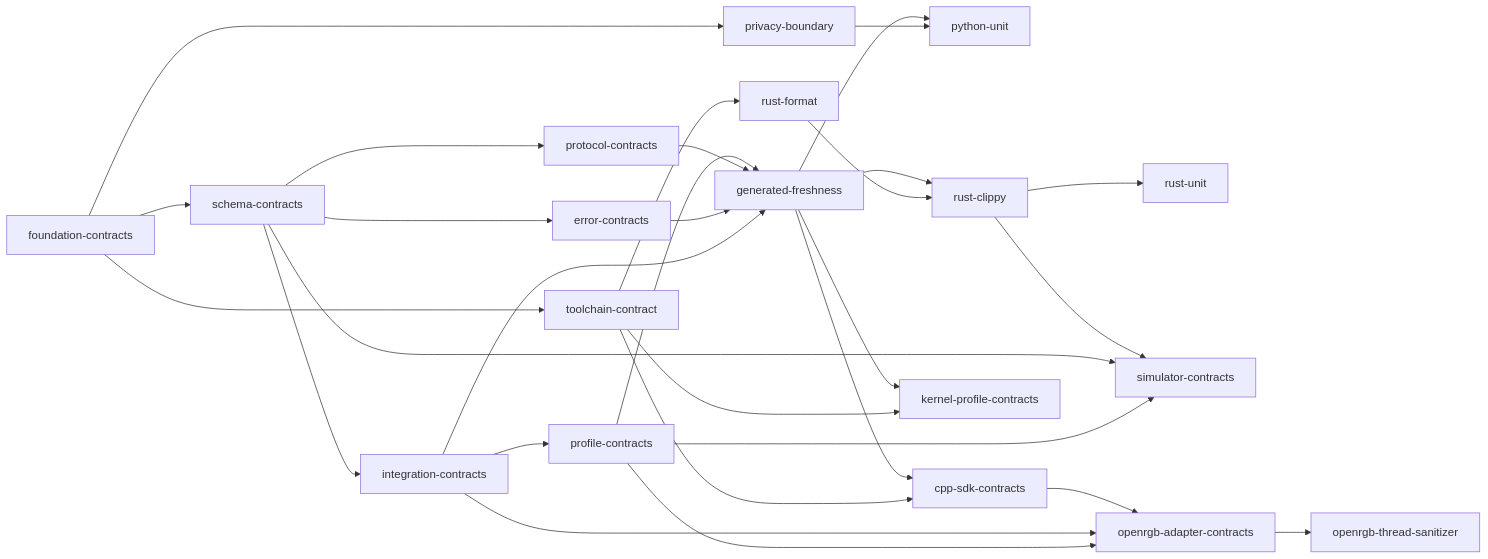
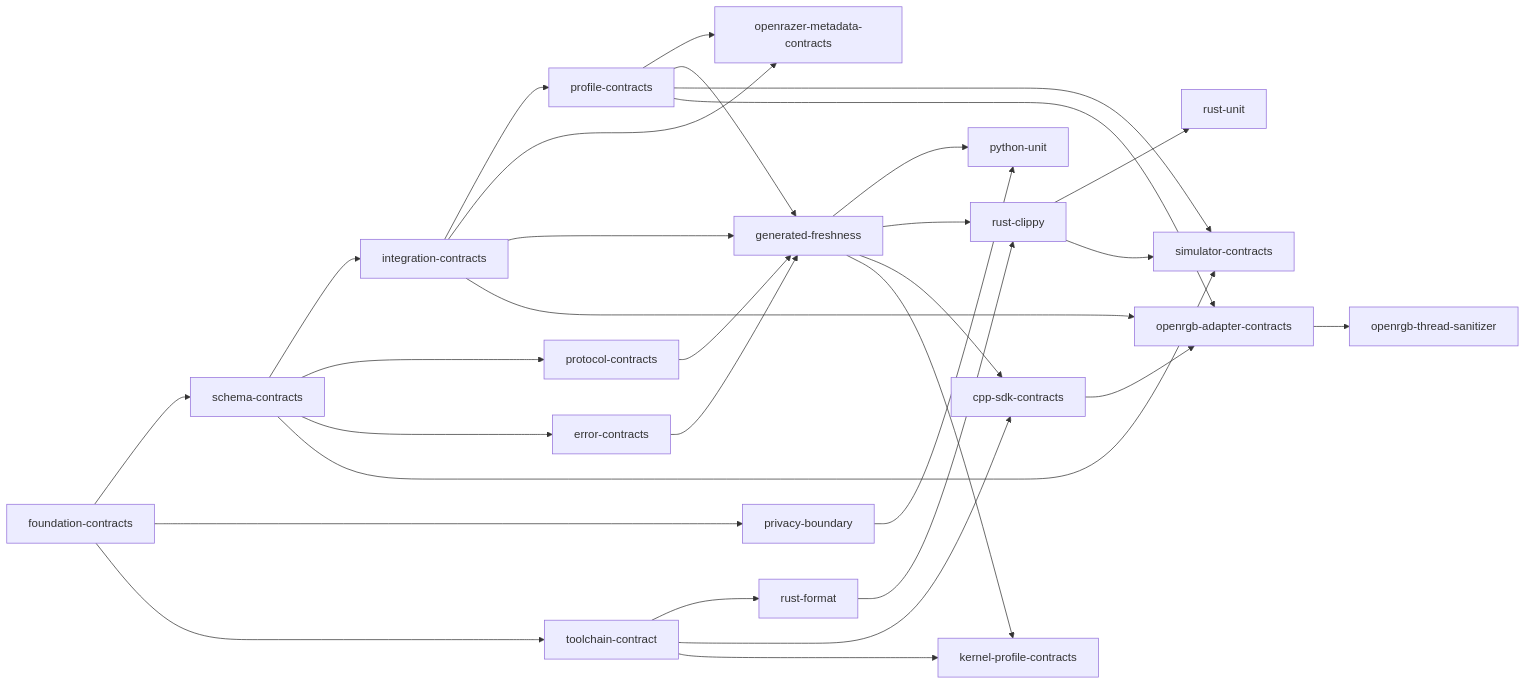
Before and after one commit to offalexjackson777-stack/hyperflux-next: the diagram in docs/generated/verification.md, drawn with Mermaid. The commit also changed other lines of this file and 26 other files, not shown here.

````diff
--- a/docs/generated/verification.md
+++ b/docs/generated/verification.md
@@ -31,49 +32,52 @@
 ```mermaid
 flowchart LR
     foundation_contracts["foundation-contracts"]
     schema_contracts["schema-contracts"]
     privacy_boundary["privacy-boundary"]
     toolchain_contract["toolchain-contract"]
     integration_contracts["integration-contracts"]
     protocol_contracts["protocol-contracts"]
     error_contracts["error-contracts"]
     rust_format["rust-format"]
     profile_contracts["profile-contracts"]
+    openrazer_metadata_contracts["openrazer-metadata-contracts"]
     generated_freshness["generated-freshness"]
     python_unit["python-unit"]
     rust_clippy["rust-clippy"]
     cpp_sdk_contracts["cpp-sdk-contracts"]
     kernel_profile_contracts["kernel-profile-contracts"]
     rust_unit["rust-unit"]
     simulator_contracts["simulator-contracts"]
     openrgb_adapter_contracts["openrgb-adapter-contracts"]
     openrgb_thread_sanitizer["openrgb-thread-sanitizer"]
     foundation_contracts --> schema_contracts
     foundation_contracts --> privacy_boundary
     foundation_contracts --> toolchain_contract
     schema_contracts --> integration_contracts
     schema_contracts --> protocol_contracts
     schema_contracts --> error_contracts
     toolchain_contract --> rust_format
     integration_contracts --> profile_contracts
+    integration_contracts --> openrazer_metadata_contracts
+    profile_contracts --> openrazer_metadata_contracts
     profile_contracts --> generated_freshness
     protocol_contracts --> generated_freshness
     error_contracts --> generated_freshness
     integration_contracts --> generated_freshness
     generated_freshness --> python_unit
     privacy_boundary --> python_unit
     generated_freshness --> rust_clippy
     rust_format --> rust_clippy
     generated_freshness --> cpp_sdk_contracts
     toolchain_contract --> cpp_sdk_contracts
     generated_freshness --> kernel_profile_contracts
     toolchain_contract --> kernel_profile_contracts
     rust_clippy --> rust_unit
     rust_clippy --> simulator_contracts
     schema_contracts --> simulator_contracts
     profile_contracts --> simulator_contracts
     cpp_sdk_contracts --> openrgb_adapter_contracts
     integration_contracts --> openrgb_adapter_contracts
     profile_contracts --> openrgb_adapter_contracts
     openrgb_adapter_contracts --> openrgb_thread_sanitizer
 ```
````
